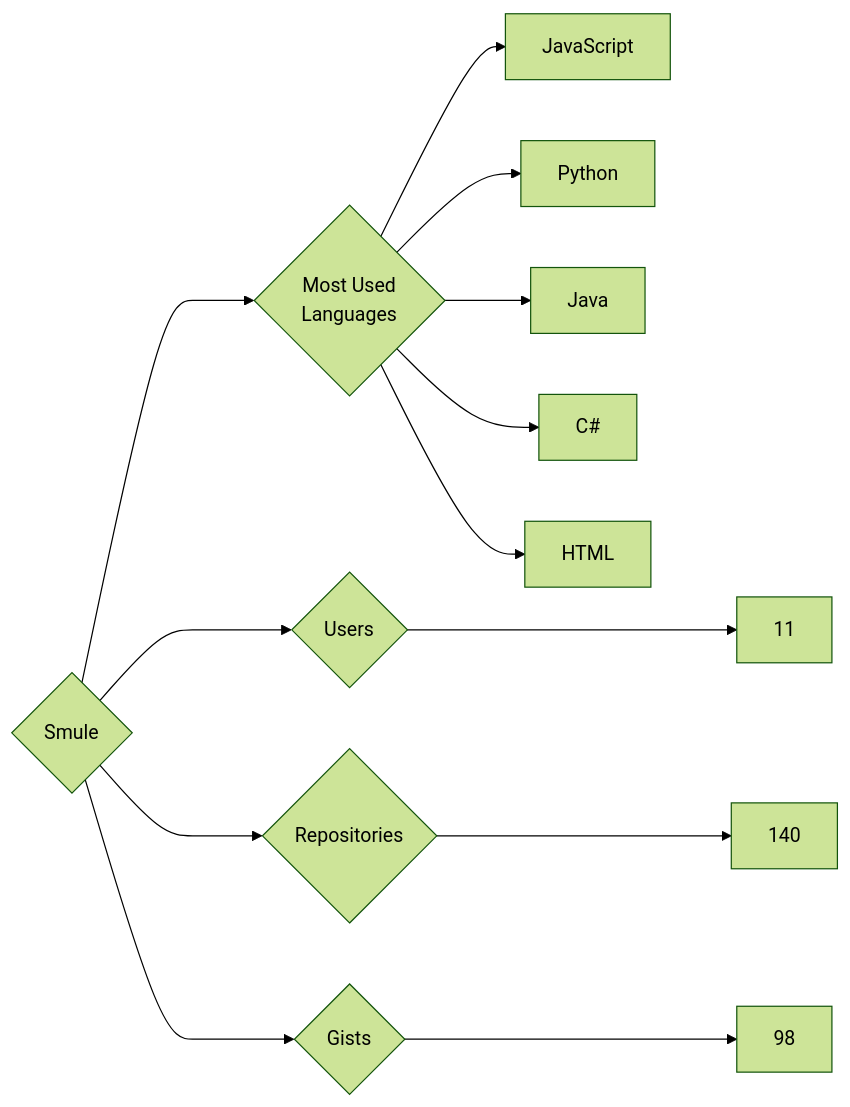
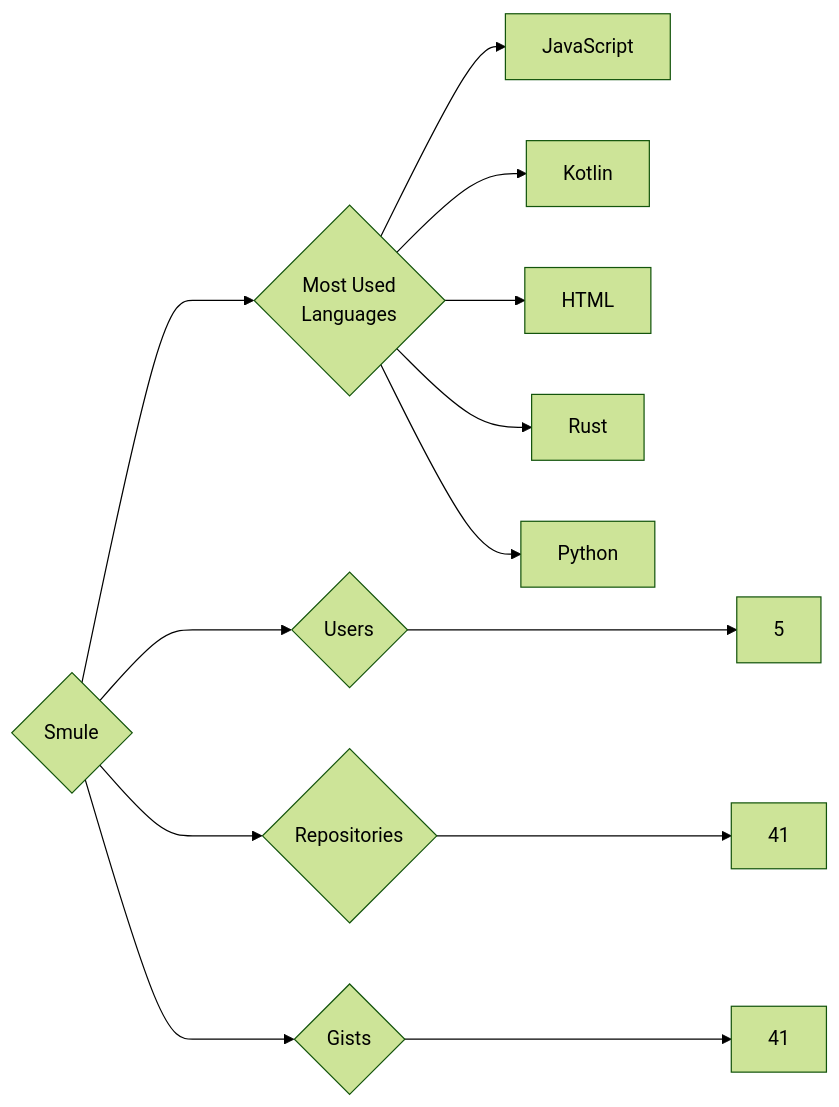
Before and after one commit to trickest/insiders: the diagram in targets/Smule/README.md, drawn with Mermaid (forest theme). The commit also changed 920 other files, not shown here.

````diff
--- a/targets/Smule/README.md
+++ b/targets/Smule/README.md
@@ -3,13 +3,13 @@
 ```mermaid
 graph LR
 COMPANY_NAME{Smule}
-COMPANY_NAME ---> U{Users} ---> UN[11]
-COMPANY_NAME ---> R{Repositories} ---> RN[140]
-COMPANY_NAME ---> G{Gists} ---> GN[98]
+COMPANY_NAME ---> U{Users} ---> UN[5]
+COMPANY_NAME ---> R{Repositories} ---> RN[41]
+COMPANY_NAME ---> G{Gists} ---> GN[41]
 COMPANY_NAME ---> ML{Most Used<br>Languages}
 ML --> JavaScript[JavaScript]
+ML --> Kotlin[Kotlin]
+ML --> HTML[HTML]
+ML --> Rust[Rust]
 ML --> Python[Python]
-ML --> Java[Java]
-ML --> C#[C#]
-ML --> HTML[HTML]
 ```
````
